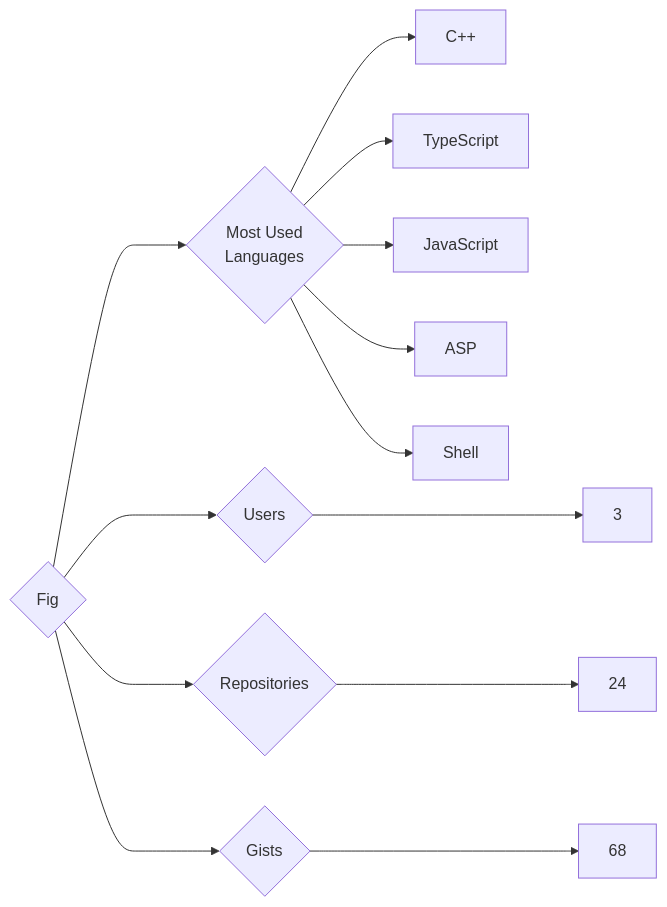
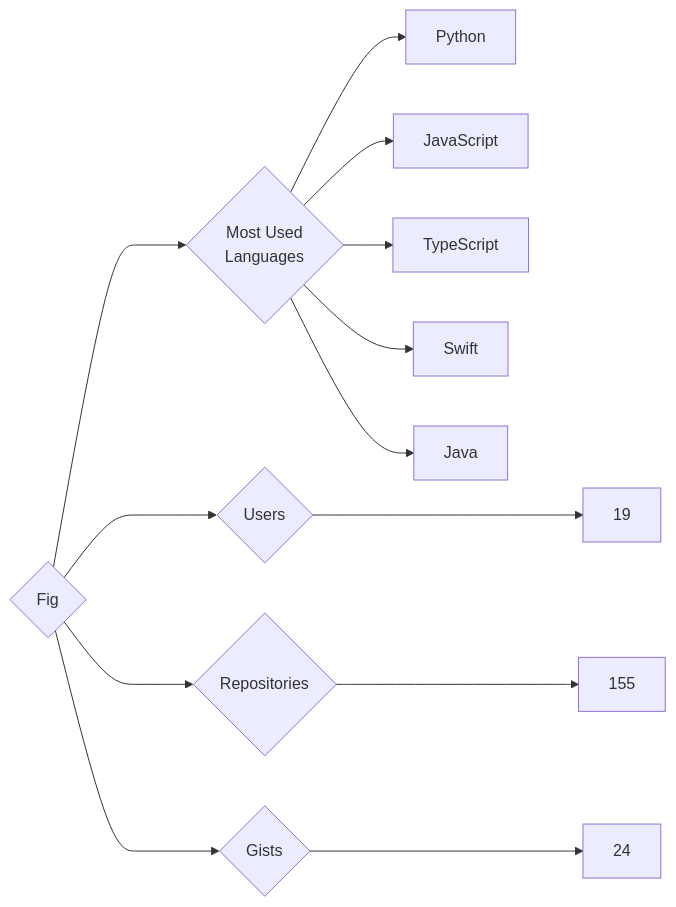
One commit to trickest/insiders changed the diagram in targets/Fig/README.md. Above: the diagram before and after it, drawn with Mermaid. The commit also changed 823 other files, not shown here.

````diff
--- a/targets/Fig/README.md
+++ b/targets/Fig/README.md
@@ -3,13 +3,13 @@
 ```mermaid
 graph LR
 COMPANY_NAME{Fig}
-COMPANY_NAME ---> U{Users} ---> UN[3]
-COMPANY_NAME ---> R{Repositories} ---> RN[24]
-COMPANY_NAME ---> G{Gists} ---> GN[68]
+COMPANY_NAME ---> U{Users} ---> UN[19]
+COMPANY_NAME ---> R{Repositories} ---> RN[155]
+COMPANY_NAME ---> G{Gists} ---> GN[24]
 COMPANY_NAME ---> ML{Most Used<br>Languages}
-ML --> C++[C++]
+ML --> Python[Python]
+ML --> JavaScript[JavaScript]
 ML --> TypeScript[TypeScript]
-ML --> JavaScript[JavaScript]
-ML --> ASP[ASP]
-ML --> Shell[Shell]
+ML --> Swift[Swift]
+ML --> Java[Java]
 ```
````
